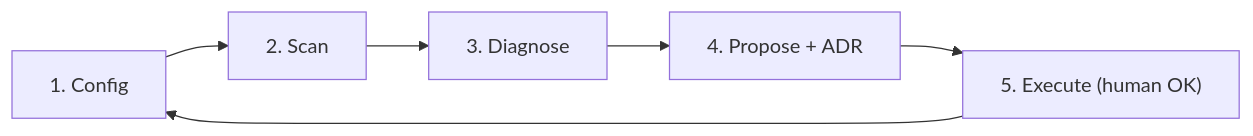
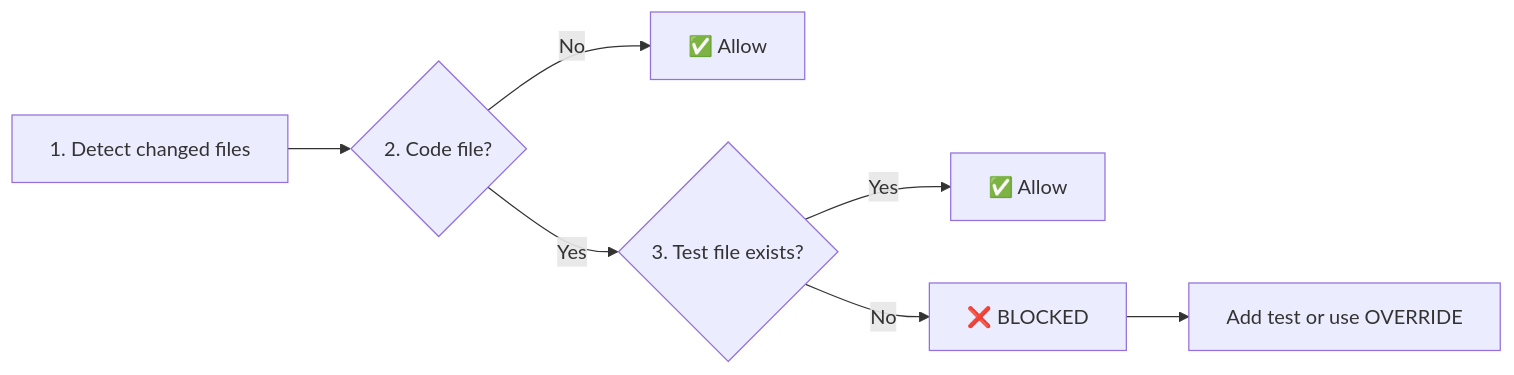
Before and after one commit to juandelossantos/another-agent-skills: the first of 2 diagrams in README.md, drawn with Mermaid. The commit also changed other lines of this file and 4 other files, not shown here.

````diff
--- a/README.md
+++ b/README.md
@@ -122,8 +122,9 @@
 ```mermaid
 flowchart LR
-    A["1. Config"] --> B["2. Scan"]
-    B --> C["3. Diagnose"]
-    C --> D["4. Propose + ADR"]
-    D --> E["5. Execute (human OK)"]
-    E --> A
+    A["1. Detect changed files"] --> B{"2. Code file?"}
+    B -->|No| C["✅ Allow"]
+    B -->|Yes| D{"3. Test file exists?"}
+    D -->|Yes| E["✅ Allow"]
+    D -->|No| F["❌ BLOCKED"]
+    F --> G["Add test or use OVERRIDE"]
 ```
````
